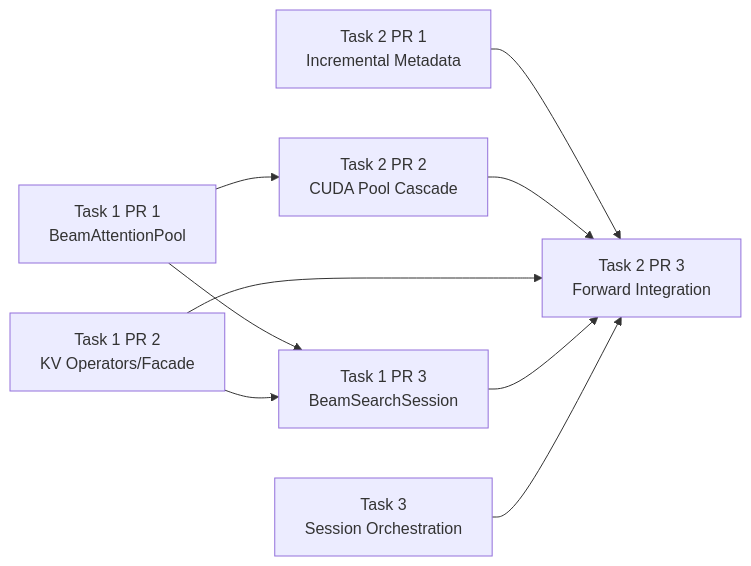
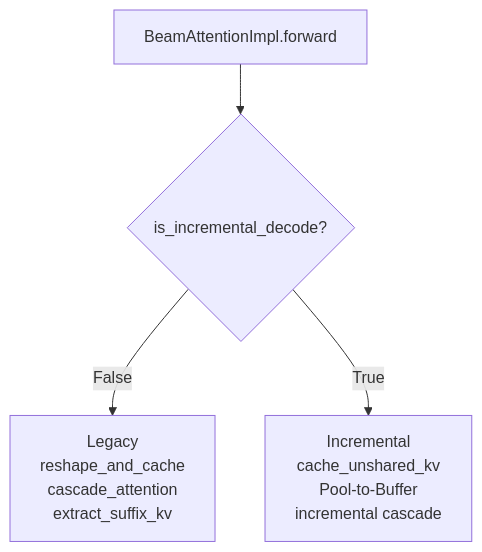
The seventh of 7 diagrams in [Task 2] 增量解码 Attention 计算路径.md (ZhiYunpenghuawei/p1), drawn with Mermaid before and after one commit. The commit also changed other lines of this file, not shown here.

Commit message:
Update [Task 2] 增量解码 Attention 计算路径.md

````diff
--- a/[Task 2] 增量解码 Attention 计算路径.md
+++ b/[Task 2] 增量解码 Attention 计算路径.md
@@ -523,19 +479,11 @@
 ```mermaid
-flowchart LR
-    T1P1[Task 1 PR 1<br/>BeamAttentionPool]
-    T1P2[Task 1 PR 2<br/>KV Operators/Facade]
-    T1P3[Task 1 PR 3<br/>BeamSearchSession]
-    T2P1[Task 2 PR 1<br/>Incremental Metadata]
-    T2P2[Task 2 PR 2<br/>CUDA Pool Cascade]
-    T2P3[Task 2 PR 3<br/>Forward Integration]
-    T3[Task 3<br/>Session Orchestration]
+flowchart TD
+    F[BeamAttentionImpl.forward]
+    MODE{is_incremental_decode?}
+    LEGACY[Legacy<br/>reshape_and_cache<br/>cascade_attention<br/>extract_suffix_kv]
+    INC[Incremental<br/>cache_unshared_kv<br/>Pool-to-Buffer<br/>incremental cascade]
 
-    T1P1 --> T1P3
-    T1P2 --> T1P3
-    T1P1 --> T2P2
-    T2P1 --> T2P3
-    T2P2 --> T2P3
-    T1P2 --> T2P3
-    T1P3 --> T2P3
-    T3 --> T2P3
+    F --> MODE
+    MODE -->|False| LEGACY
+    MODE -->|True| INC
 ```
````
